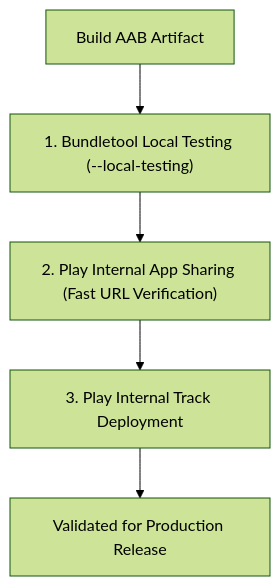
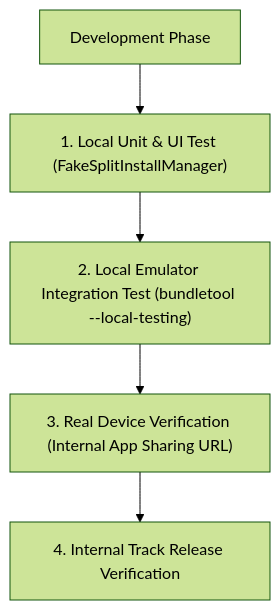
Before and after one commit to youngmin-gwon/what-i-studied: the diagram in 01_inbox/mobile/android/03_packaging_deployment/distribution/play-delivery-contracts/play-delivery-operations-validate-ux-testing-and-play-install-path.md, drawn with Mermaid (forest theme). The commit also changed other lines of this file and 134 other files, not shown here.

````diff
--- a/01_inbox/mobile/android/03_packaging_deployment/distribution/play-delivery-contracts/play-delivery-operations-validate-ux-testing-and-play-install-path.md
+++ b/01_inbox/mobile/android/03_packaging_deployment/distribution/play-delivery-contracts/play-delivery-operations-validate-ux-testing-and-play-install-path.md
@@ -20,7 +26,7 @@
 ```mermaid
 flowchart TD
-    Build["Build AAB Artifact"] --> LocalTest["1. Bundletool Local Testing (--local-testing)"]
-    LocalTest --> InternalSharing["2. Play Internal App Sharing (Fast URL Verification)"]
-    InternalSharing --> TrackRelease["3. Play Internal Track Deployment"]
-    TrackRelease --> ProductionPass["Validated for Production Release"]
+    DevPhase["Development Phase"] --> Step1["1. Local Unit & UI Test (FakeSplitInstallManager)"]
+    Step1 --> Step2["2. Local Emulator Integration Test (bundletool --local-testing)"]
+    Step2 --> Step3["3. Real Device Verification (Internal App Sharing URL)"]
+    Step3 --> Step4["4. Internal Track Release Verification"]
 ```
````
